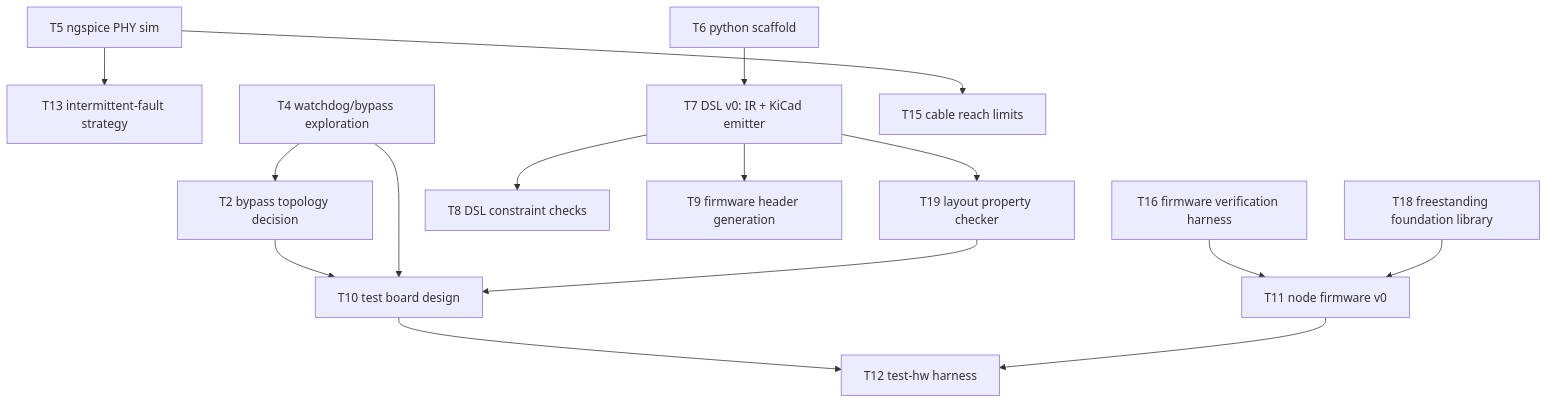
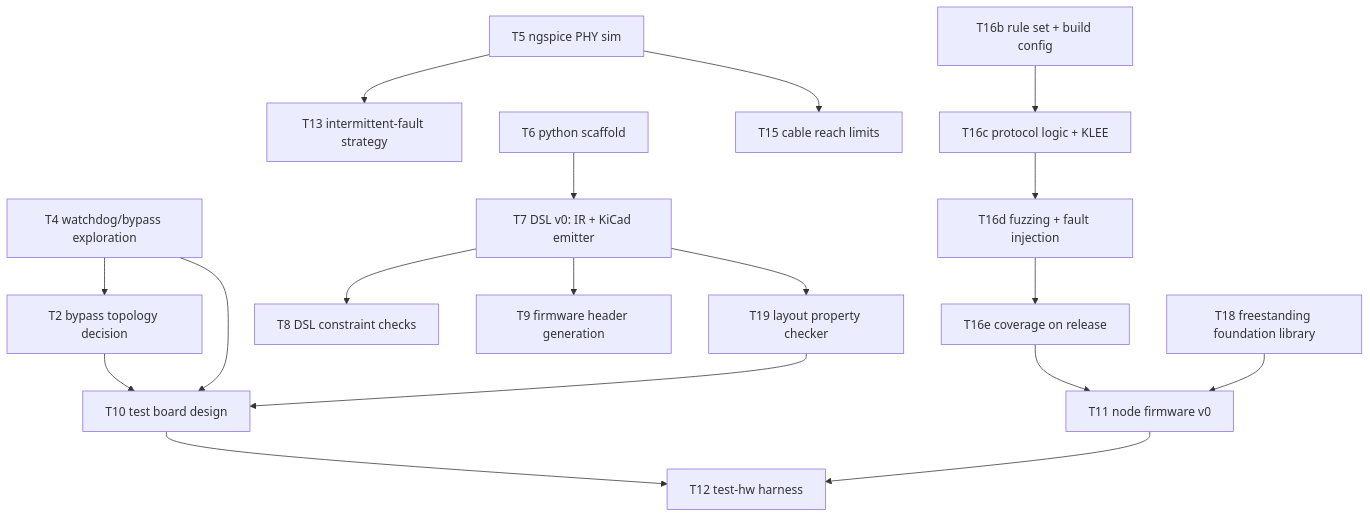
The diagram in KANBAN.md (kristofferkoch/oparroy), drawn with Mermaid before and after one commit. The commit also changed other lines of this file and 4 other files, not shown here.

````diff
--- a/KANBAN.md
+++ b/KANBAN.md
@@ -34,17 +34,20 @@
 ```mermaid
 graph TD
     T5[T5 ngspice PHY sim] --> T13[T13 intermittent-fault strategy]
     T4[T4 watchdog/bypass exploration] --> T2[T2 bypass topology decision]
     T2 --> T10[T10 test board design]
     T4 --> T10
     T19 --> T10
     T6[T6 python scaffold] --> T7[T7 DSL v0: IR + KiCad emitter]
     T7 --> T8[T8 DSL constraint checks]
     T7 --> T9[T9 firmware header generation]
     T7 --> T19[T19 layout property checker]
     T10 --> T12[T12 test-hw harness]
     T11 --> T12
     T5 --> T15[T15 cable reach limits]
-    T16[T16 firmware verification harness] --> T11[T11 node firmware v0]
+    T16b[T16b rule set + build config] --> T16c[T16c protocol logic + KLEE]
+    T16c --> T16d[T16d fuzzing + fault injection]
+    T16d --> T16e[T16e coverage on release]
+    T16e --> T11[T11 node firmware v0]
     T18[T18 freestanding foundation library] --> T11
 ```
````
